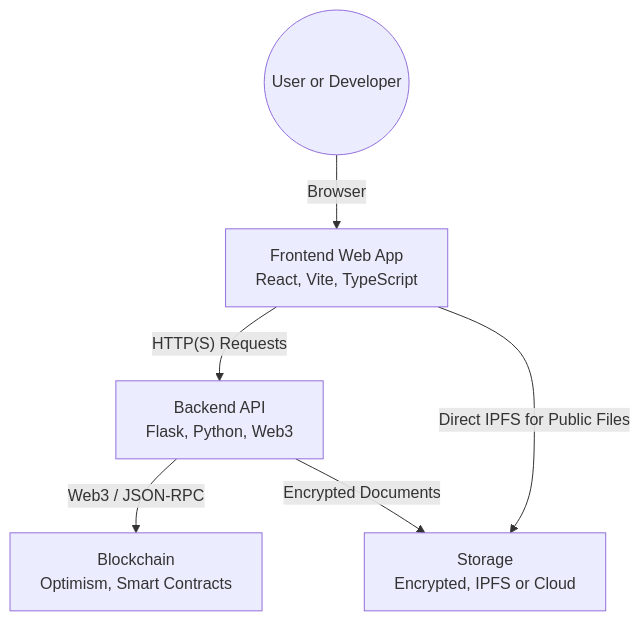
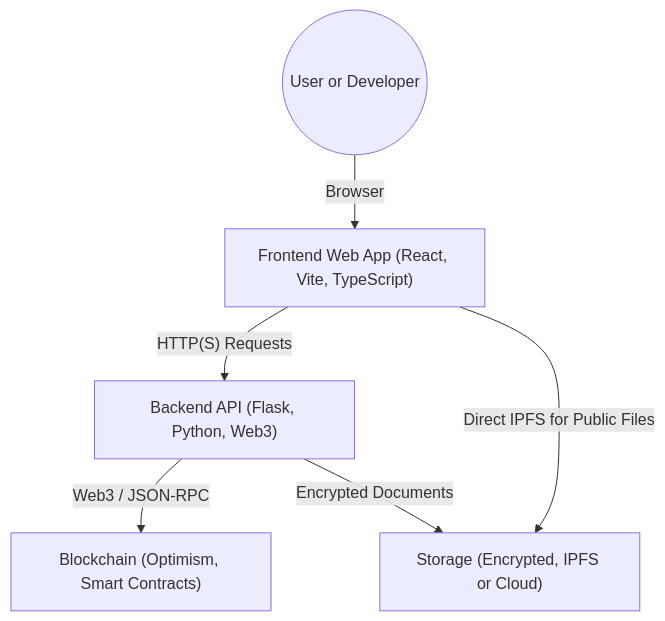
The diagram in landing/src/docs/architecture.md (Anish-MutliTalent/Essentialis), drawn with Mermaid before and after one commit.

````diff
--- a/landing/src/docs/architecture.md
+++ b/landing/src/docs/architecture.md
@@ -9,16 +9,16 @@
 ```mermaid
 graph TD
 
     User((User or Developer))
 
-    A["Frontend Web App\nReact, Vite, TypeScript"]
-    B["Backend API\nFlask, Python, Web3"]
-    C["Blockchain\nOptimism, Smart Contracts"]
-    D["Storage\nEncrypted, IPFS or Cloud"]
+    A["Frontend Web App (React, Vite, TypeScript)"]
+    B["Backend API (Flask, Python, Web3)"]
+    C["Blockchain (Optimism, Smart Contracts)"]
+    D["Storage (Encrypted, IPFS or Cloud)"]
 
     A -->|"HTTP(S) Requests"| B
     B -->|Web3 / JSON-RPC| C
     B -->|Encrypted Documents| D
     A -->|Direct IPFS for Public Files| D
     User -->|Browser| A
 ```
````
